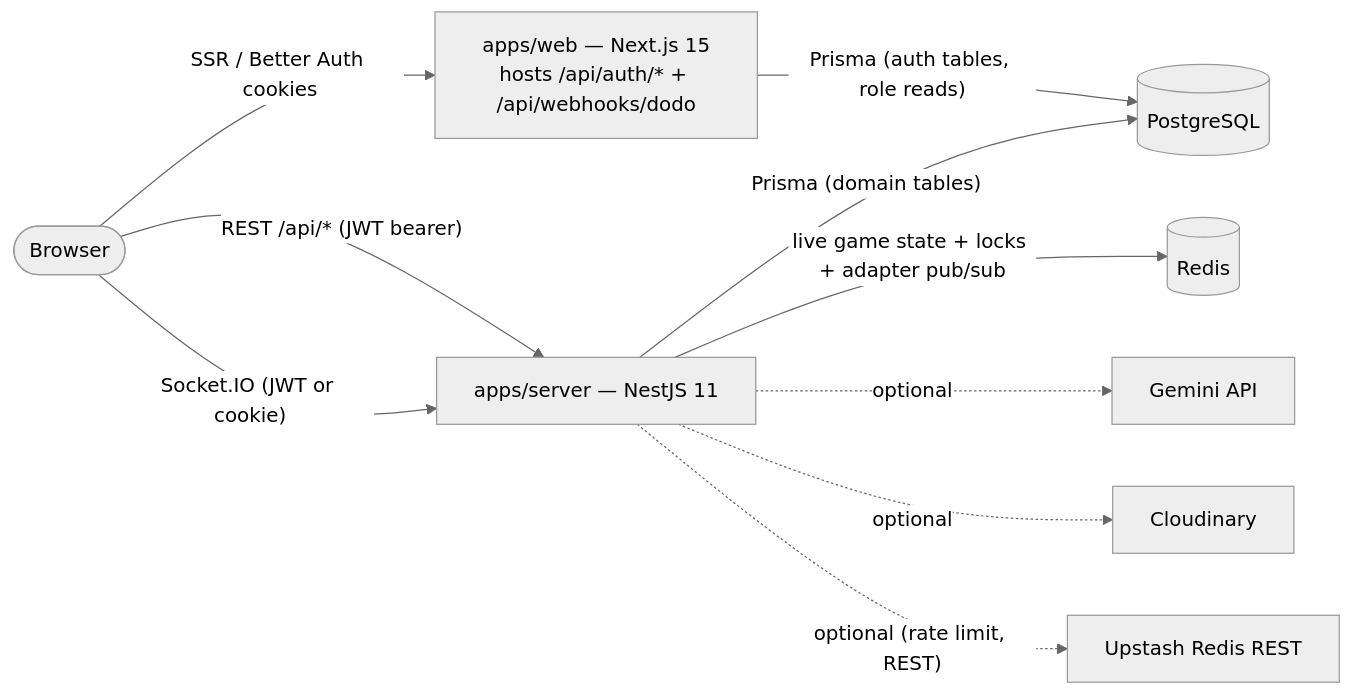
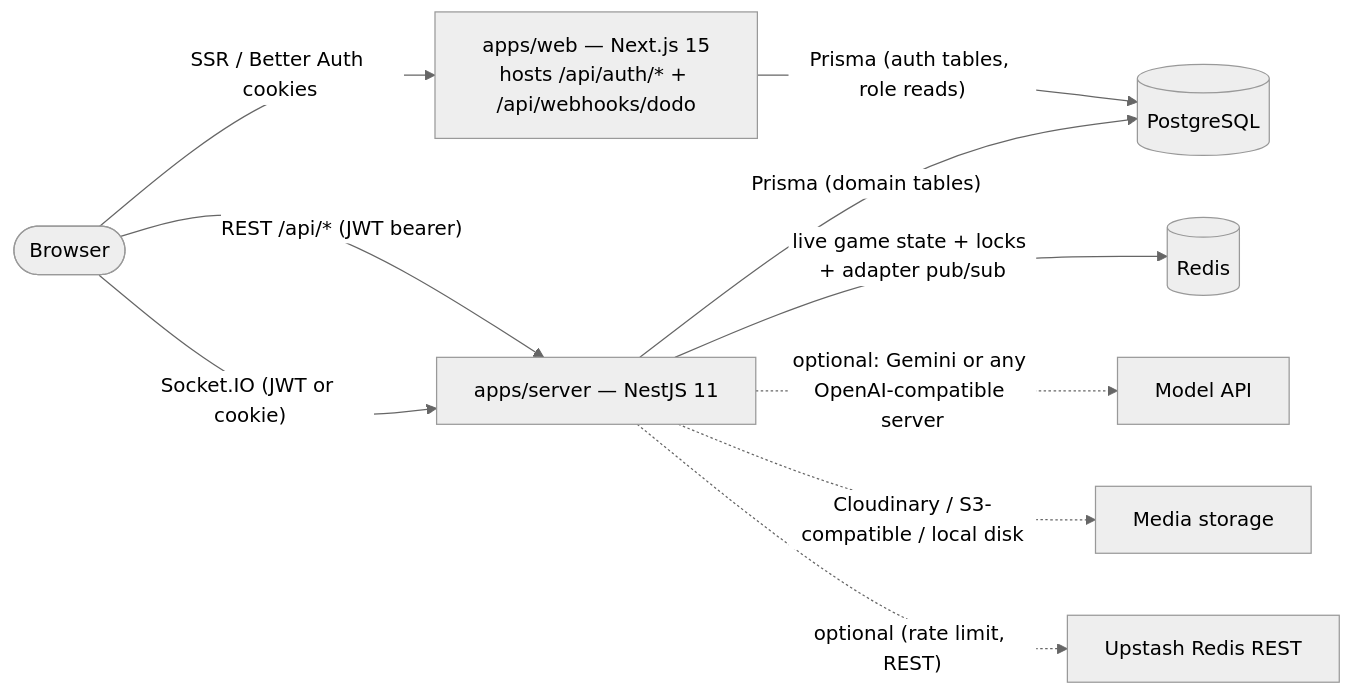
One commit to buzrr/buzrr changed the diagram in docs/architecture/overview.md. Above: the diagram before and after it, drawn with Mermaid (neutral theme). The commit also changed other lines of this file and 132 other files, not shown here.

````diff
--- a/docs/architecture/overview.md
+++ b/docs/architecture/overview.md
@@ -8,13 +8,13 @@
 ```mermaid
 flowchart LR
     B([Browser])
     B -- "SSR / Better Auth cookies" --> W["apps/web — Next.js 15<br/>hosts /api/auth/* + /api/webhooks/dodo"]
     B -- "REST /api/* (JWT bearer)" --> S["apps/server — NestJS 11"]
     B -- "Socket.IO (JWT or cookie)" --> S
     W -- "Prisma (auth tables, role reads)" --> PG[(PostgreSQL)]
     S -- "Prisma (domain tables)" --> PG
     S -- "live game state + locks + adapter pub/sub" --> R[(Redis)]
-    S -. optional .-> GEM["Gemini API"]
-    S -. optional .-> CLD["Cloudinary"]
+    S -. "optional: Gemini or any OpenAI-compatible server" .-> GEM["Model API"]
+    S -. "Cloudinary / S3-compatible / local disk" .-> CLD["Media storage"]
     S -. "optional (rate limit, REST)" .-> UP["Upstash Redis REST"]
 ```
````
